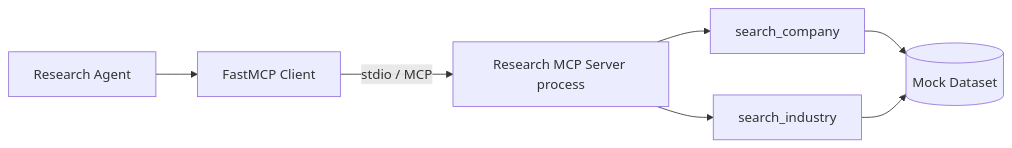
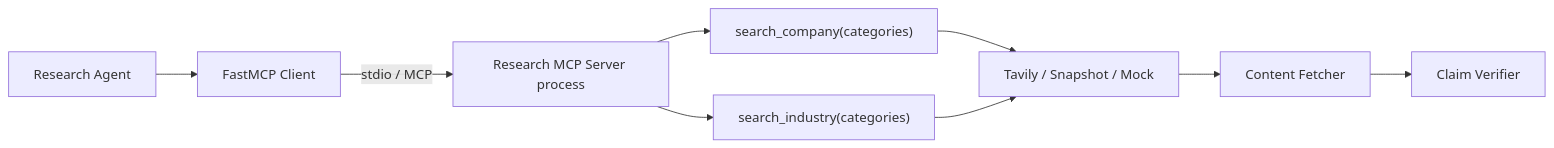
The third of 3 diagrams in README.md (okwecool/Credra-Agent), drawn with Mermaid before and after one commit. The commit also changed other lines of this file and 24 other files, not shown here.

````diff
--- a/README.md
+++ b/README.md
@@ -89,9 +97,11 @@
 ```mermaid
 flowchart LR
     Agent["Research Agent"] --> Client["FastMCP Client"]
     Client -->|"stdio / MCP"| Server["Research MCP Server process"]
-    Server --> Company["search_company"]
-    Server --> Industry["search_industry"]
-    Company --> Mock[("Mock Dataset")]
-    Industry --> Mock
+    Server --> Company["search_company(categories)"]
+    Server --> Industry["search_industry(categories)"]
+    Company --> Providers["Tavily / Snapshot / Mock"]
+    Industry --> Providers
+    Providers --> Content["Content Fetcher"]
+    Content --> Verify["Claim Verifier"]
 ```
````
